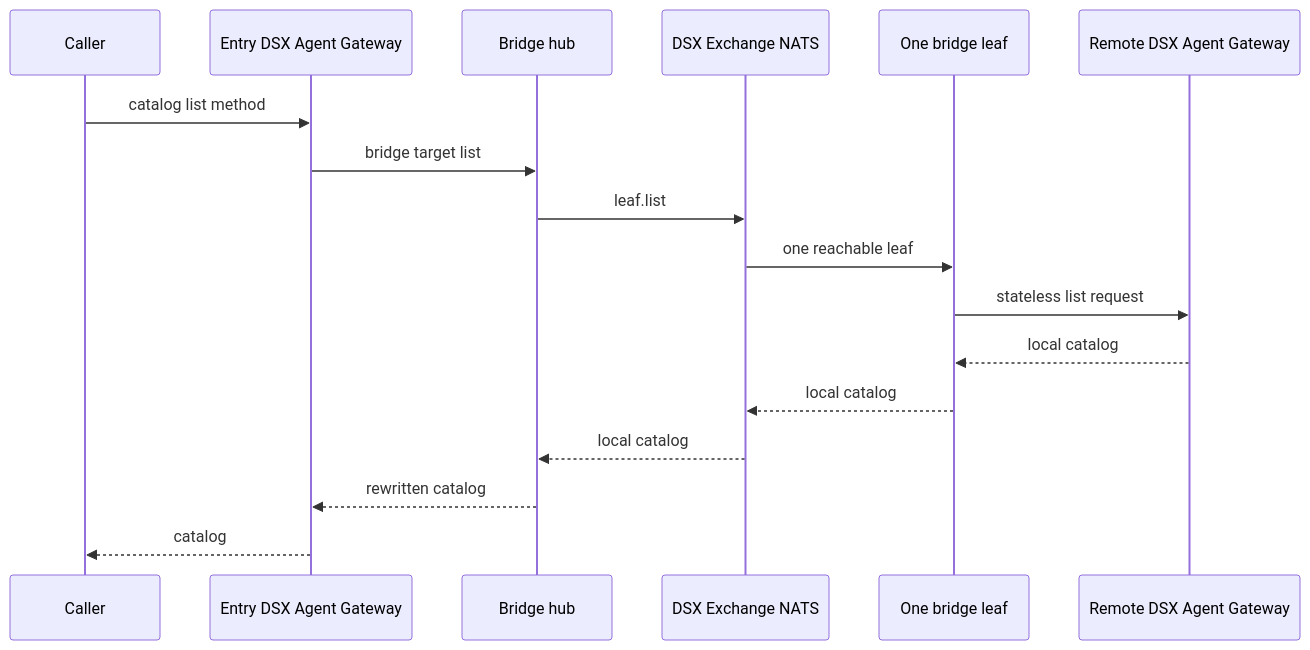
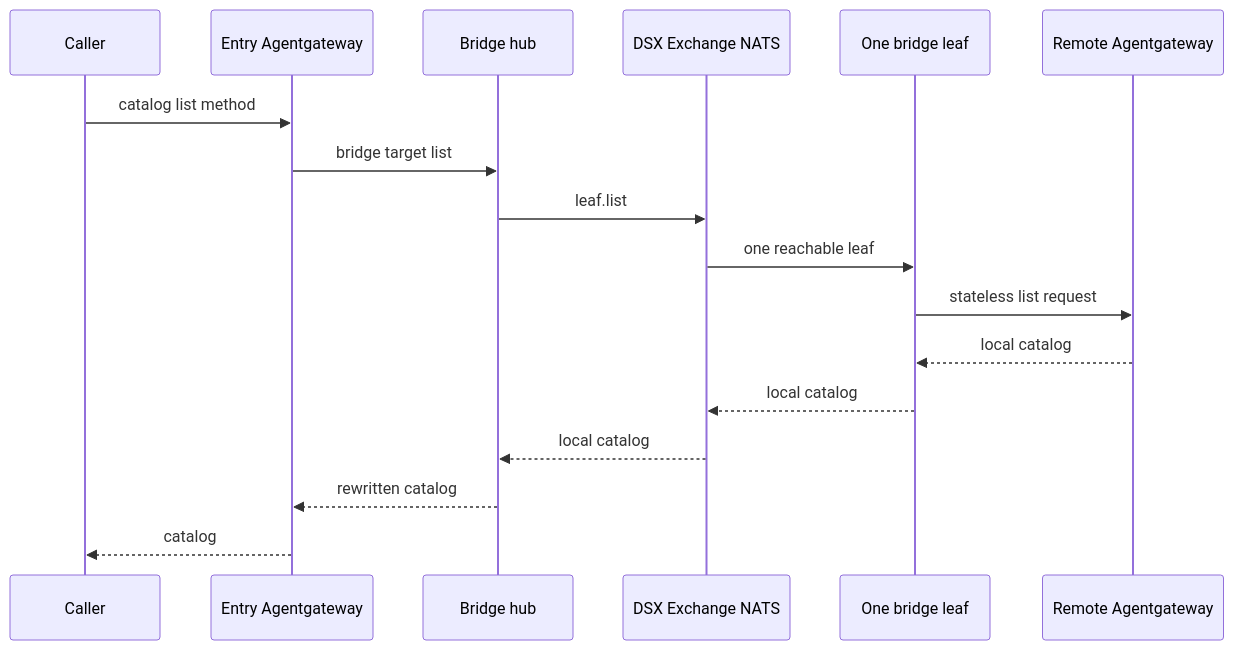
One commit to NVIDIA/dsx-exchange changed the third of 5 diagrams in dsx-agentgateway-bridge/README.md. Above: the diagram before and after it, drawn with Mermaid. The commit also changed other lines of this file and 12 other files, not shown here.

````diff
--- a/dsx-agentgateway-bridge/README.md
+++ b/dsx-agentgateway-bridge/README.md
@@ -118,20 +118,20 @@
 ```mermaid
 sequenceDiagram
     participant Caller
-    participant Entry as Entry DSX Agent Gateway
+    participant Entry as Entry Agentgateway
     participant Hub as Bridge hub
     participant Bus as DSX Exchange NATS
     participant Leaf as One bridge leaf
-    participant Remote as Remote DSX Agent Gateway
+    participant Remote as Remote Agentgateway
 
     Caller->>Entry: catalog list method
     Entry->>Hub: bridge target list
     Hub->>Bus: leaf.list
     Bus->>Leaf: one reachable leaf
     Leaf->>Remote: stateless list request
     Remote-->>Leaf: local catalog
     Leaf-->>Bus: local catalog
     Bus-->>Hub: local catalog
     Hub-->>Entry: rewritten catalog
     Entry-->>Caller: catalog
 ```
````
